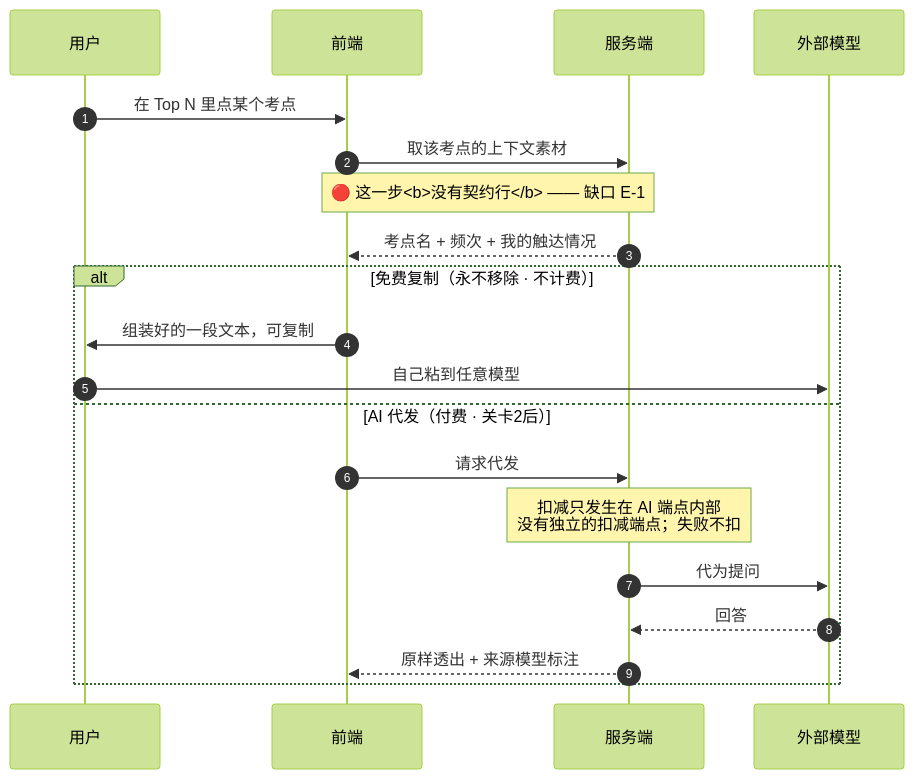
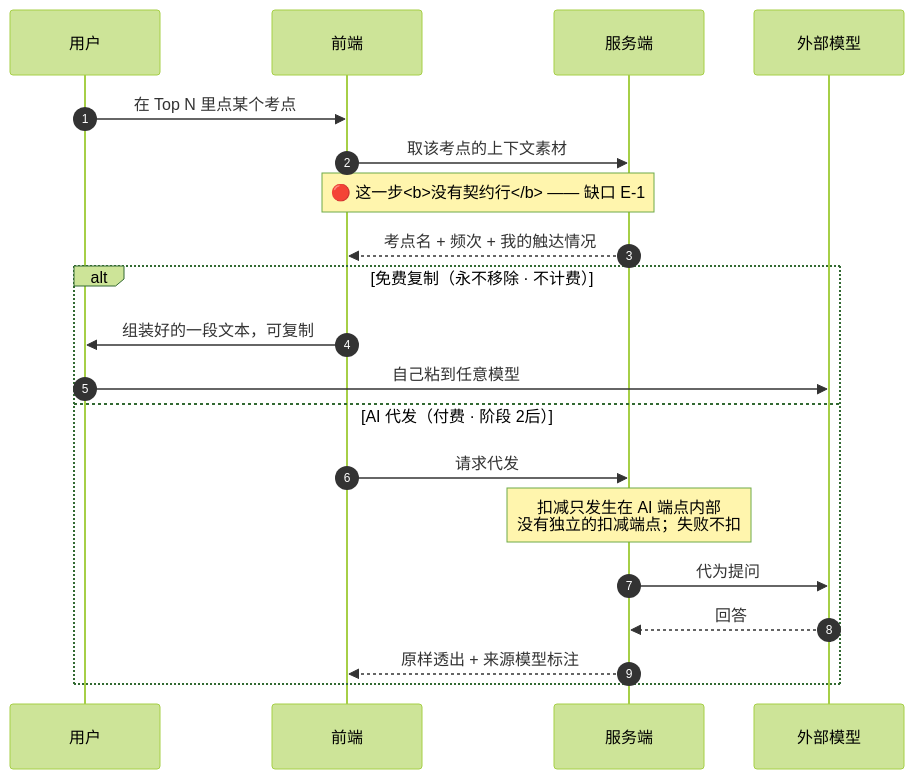
The second of 2 diagrams in docs/product/modules/模块E-出口层.md (chenyuanjin/kubic), drawn with Mermaid (forest theme) before and after one commit. The commit also changed other lines of this file and 249 other files, not shown here.

````diff
--- a/docs/product/modules/模块E-出口层.md
+++ b/docs/product/modules/模块E-出口层.md
@@ -112,24 +112,24 @@
 ```mermaid
 sequenceDiagram
     autonumber
     participant U as 用户
     participant F as 前端
     participant S as 服务端
     participant M as 外部模型
 
     U->>F: 在 Top N 里点某个考点
     F->>S: 取该考点的上下文素材
     Note over F,S: 🔴 这一步<b>没有契约行</b> —— 缺口 E-1
     S-->>F: 考点名 + 频次 + 我的触达情况
 
     alt 免费复制（永不移除 · 不计费）
         F->>U: 组装好的一段文本，可复制
         U->>M: 自己粘到任意模型
-    else AI 代发（付费 · 关卡2后）
+    else AI 代发（付费 · 阶段 2后）
         F->>S: 请求代发
         Note over S: 扣减只发生在 AI 端点内部<br/>没有独立的扣减端点；失败不扣
         S->>M: 代为提问
         M-->>S: 回答
         S-->>F: 原样透出 + 来源模型标注
     end
 ```
````
